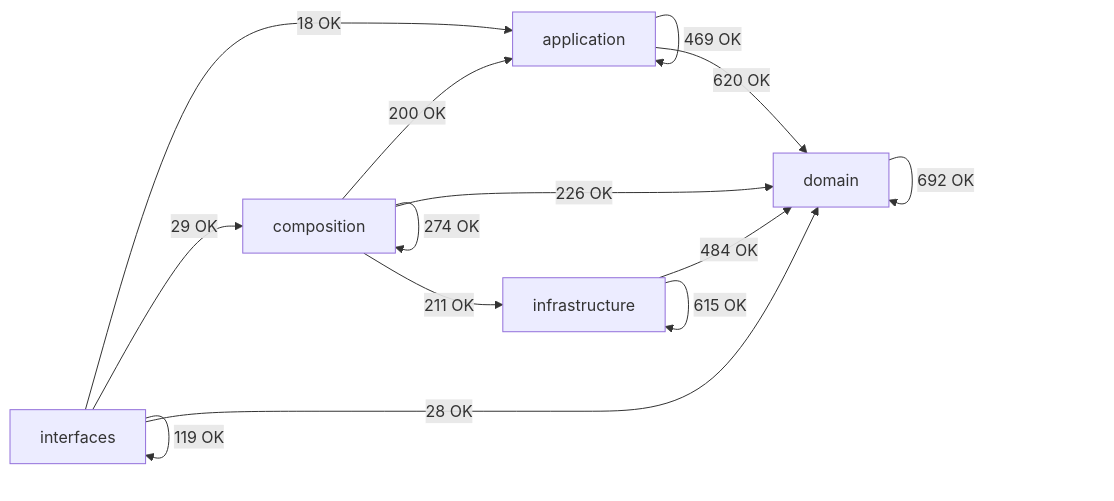
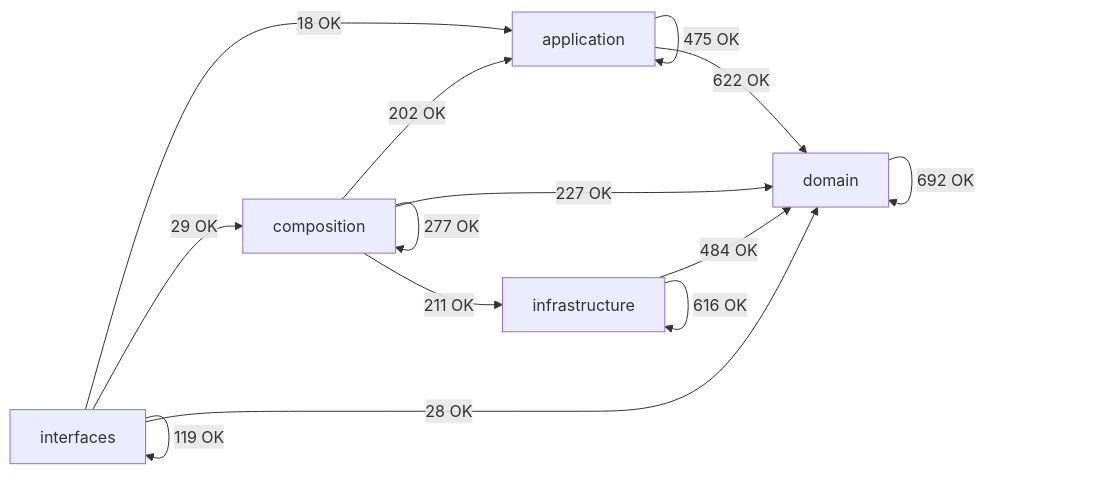
The diagram in docs/02-architecture/generated/module-dependency-map.md (SatoryKono/BioactivityDataAcquisition), drawn with Mermaid before and after one commit. The commit also changed other lines of this file and 24 other files, not shown here.

````diff
--- a/docs/02-architecture/generated/module-dependency-map.md
+++ b/docs/02-architecture/generated/module-dependency-map.md
@@ -16,21 +16,21 @@
 ```mermaid
 flowchart LR
     domain[domain]
     application[application]
     infrastructure[infrastructure]
     composition[composition]
     interfaces[interfaces]
-    application -->|469 OK| application
-    application -->|620 OK| domain
-    composition -->|200 OK| application
-    composition -->|274 OK| composition
-    composition -->|226 OK| domain
+    application -->|475 OK| application
+    application -->|622 OK| domain
+    composition -->|202 OK| application
+    composition -->|277 OK| composition
+    composition -->|227 OK| domain
     composition -->|211 OK| infrastructure
     domain -->|692 OK| domain
     infrastructure -->|484 OK| domain
-    infrastructure -->|615 OK| infrastructure
+    infrastructure -->|616 OK| infrastructure
     interfaces -->|18 OK| application
     interfaces -->|29 OK| composition
     interfaces -->|28 OK| domain
     interfaces -->|119 OK| interfaces
 ```
````
